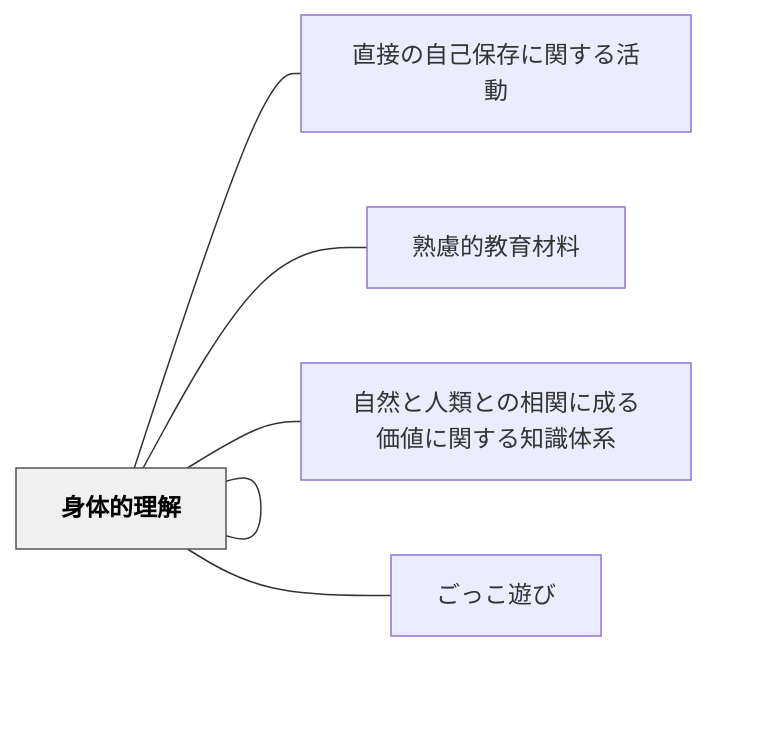
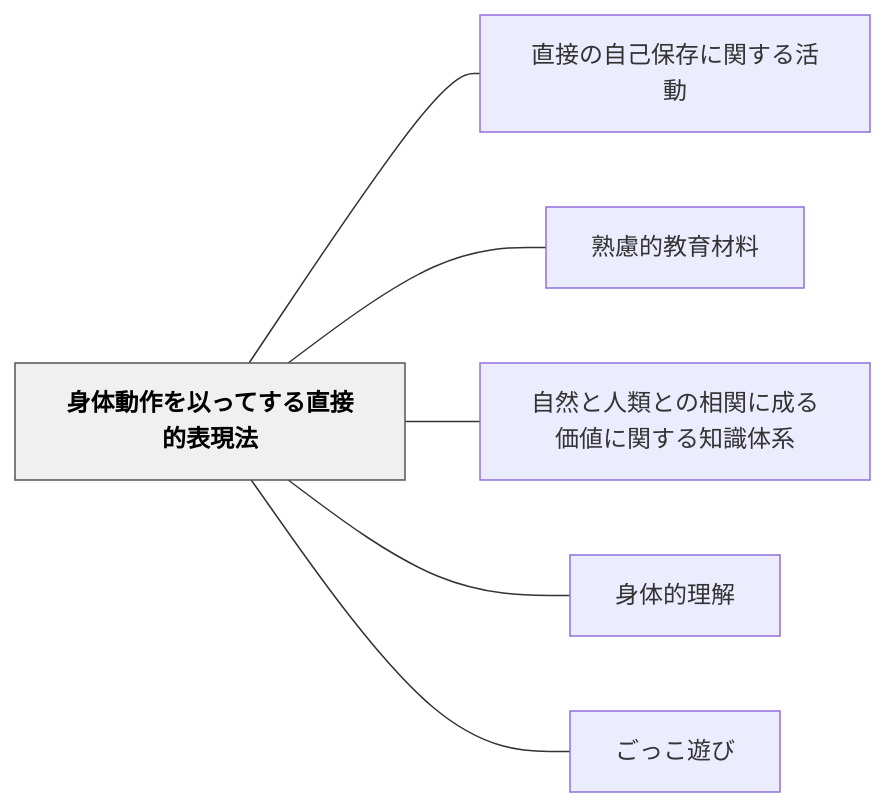
One commit to unknownthings-ed-patterns/unknownthings-ed-patterns changed the diagram in content/パタン/身体動作を以ってする直接的表現法.md. Above: the diagram before and after it, drawn with Mermaid. The commit also changed 527 other files, not shown here.

````diff
--- a/content/パタン/身体動作を以ってする直接的表現法.md
+++ b/content/パタン/身体動作を以ってする直接的表現法.md
@@ -46,18 +46,18 @@
 ```mermaid
 flowchart LR
-    ne8baabe4bd93["身体動作を以ってする直接的表現法"]
-    ne79bb4e68ea5["直接の自己保存に関する活動"]
-    ne7869fe685ae["熟慮的教育材料"]
-    ne887aae784b6["自然と人類との相関に成る価値に関する知識体系"]
-    ne8baabe4bd93["身体的理解"]
-    ne38194e381a3["ごっこ遊び"]
+    ne8baabe4bd93e58b95e4bd9ce38292e4bba5e381a3e381a6e38199e3828be79bb4e68ea5e79a84e8a1a8e78fbee6b395["身体動作を以ってする直接的表現法"]
+    ne79bb4e68ea5e381aee887aae5b7b1e4bf9de5ad98e381abe996a2e38199e3828be6b4bbe58b95["直接の自己保存に関する活動"]
+    ne7869fe685aee79a84e69599e882b2e69d90e69699["熟慮的教育材料"]
+    ne887aae784b6e381a8e4babae9a19ee381a8e381aee79bb8e996a2e381abe68890e3828be4bea1e580a4e381abe996a2e38199e3828be79fa5e8ad98e4bd93e7b3bb["自然と人類との相関に成る価値に関する知識体系"]
+    ne8baabe4bd93e79a84e79086e8a7a3["身体的理解"]
+    ne38194e381a3e38193e9818ae381b3["ごっこ遊び"]
 
-    ne8baabe4bd93 --- ne79bb4e68ea5
-    ne8baabe4bd93 --- ne7869fe685ae
-    ne8baabe4bd93 --- ne887aae784b6
-    ne8baabe4bd93 --- ne8baabe4bd93
-    ne8baabe4bd93 --- ne38194e381a3
+    ne8baabe4bd93e58b95e4bd9ce38292e4bba5e381a3e381a6e38199e3828be79bb4e68ea5e79a84e8a1a8e78fbee6b395 --- ne79bb4e68ea5e381aee887aae5b7b1e4bf9de5ad98e381abe996a2e38199e3828be6b4bbe58b95
+    ne8baabe4bd93e58b95e4bd9ce38292e4bba5e381a3e381a6e38199e3828be79bb4e68ea5e79a84e8a1a8e78fbee6b395 --- ne7869fe685aee79a84e69599e882b2e69d90e69699
+    ne8baabe4bd93e58b95e4bd9ce38292e4bba5e381a3e381a6e38199e3828be79bb4e68ea5e79a84e8a1a8e78fbee6b395 --- ne887aae784b6e381a8e4babae9a19ee381a8e381aee79bb8e996a2e381abe68890e3828be4bea1e580a4e381abe996a2e38199e3828be79fa5e8ad98e4bd93e7b3bb
+    ne8baabe4bd93e58b95e4bd9ce38292e4bba5e381a3e381a6e38199e3828be79bb4e68ea5e79a84e8a1a8e78fbee6b395 --- ne8baabe4bd93e79a84e79086e8a7a3
+    ne8baabe4bd93e58b95e4bd9ce38292e4bba5e381a3e381a6e38199e3828be79bb4e68ea5e79a84e8a1a8e78fbee6b395 --- ne38194e381a3e38193e9818ae381b3
 
     classDef hub fill:#f0f0f0,stroke:#555,color:#000,font-weight:bold
-    class ne8baabe4bd93 hub
+    class ne8baabe4bd93e58b95e4bd9ce38292e4bba5e381a3e381a6e38199e3828be79bb4e68ea5e79a84e8a1a8e78fbee6b395 hub
 ```
````
